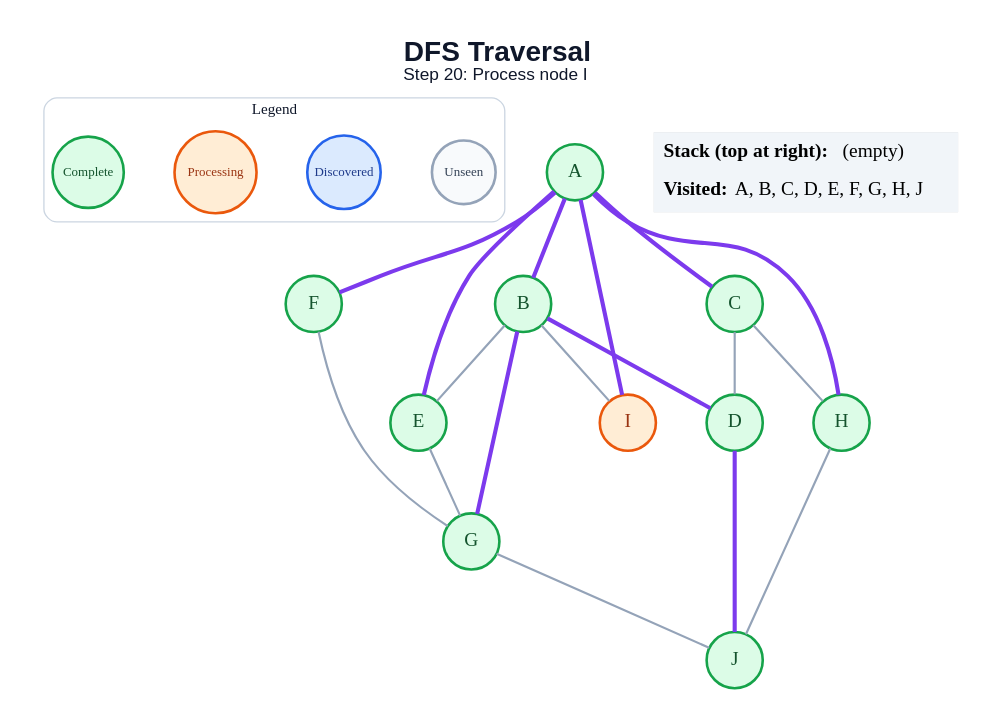
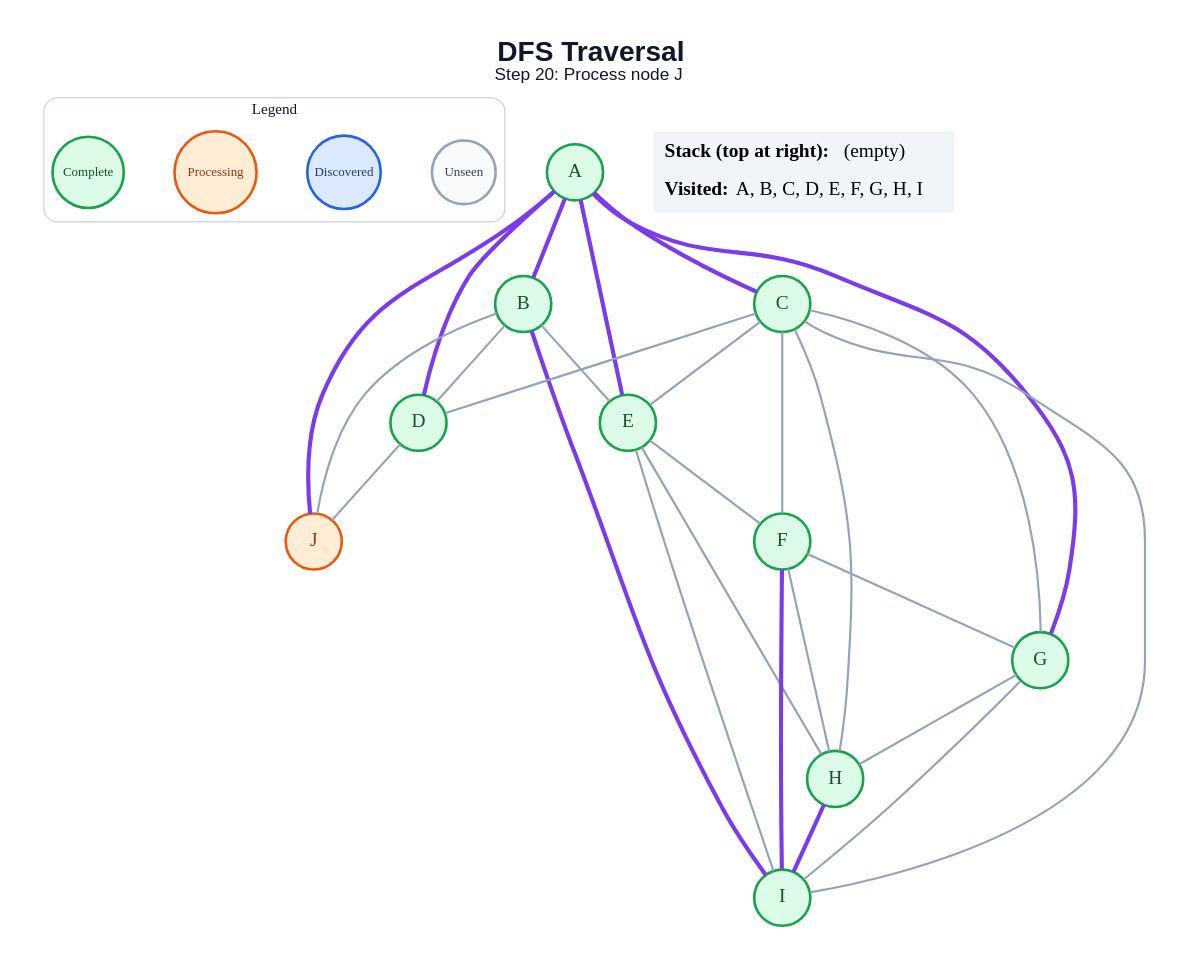
The diagram in generated/dfs/step_20.dot (amanghodawala9/ai-slop), drawn with Graphviz before and after one commit. The commit also changed 178 other files, not shown here.

```diff
--- a/generated/dfs/step_20.dot
+++ b/generated/dfs/step_20.dot
@@ -1,46 +1,55 @@
 graph traversal {
   graph [layout=dot, rankdir=TB, bgcolor="#FFFFFF", pad="0.35", nodesep="0.65", ranksep="0.8", fontname="Arial"];
   node [shape=circle, style="filled", fontname="Arial Bold", fontsize=18, width=0.72, fixedsize=true, penwidth=2.4];
   edge [color="#94A3B8", penwidth=2.0];
-  label=<<B>DFS Traversal</B><BR/><FONT POINT-SIZE="16">Step 20: Process node I</FONT>>; labelloc="t"; fontsize=26; fontname="Arial"; fontcolor="#0F172A";
+  label=<<B>DFS Traversal</B><BR/><FONT POINT-SIZE="16">Step 20: Process node J</FONT>>; labelloc="t"; fontsize=26; fontname="Arial"; fontcolor="#0F172A";
   subgraph cluster_legend { label="Legend"; color="#CBD5E1"; penwidth=1.2; style="rounded"; fontsize=14; fontname="Arial Bold";
     key_unseen [label="Unseen", fillcolor="#F8FAFC", color="#94A3B8", fontcolor="#334155", fontsize=12, width=0.82];
     key_frontier [label="Discovered", fillcolor="#DBEAFE", color="#2563EB", fontcolor="#1E3A8A", fontsize=12, width=0.95];
     key_current [label="Processing", fillcolor="#FFEDD5", color="#EA580C", fontcolor="#9A3412", fontsize=12, width=1.05];
     key_done [label="Complete", fillcolor="#DCFCE7", color="#16A34A", fontcolor="#14532D", fontsize=12, width=0.92];
     { rank=same; key_unseen; key_frontier; key_current; key_done; }
   }
   A [fillcolor="#DCFCE7", color="#16A34A", fontcolor="#14532D"];
   B [fillcolor="#DCFCE7", color="#16A34A", fontcolor="#14532D"];
   C [fillcolor="#DCFCE7", color="#16A34A", fontcolor="#14532D"];
   D [fillcolor="#DCFCE7", color="#16A34A", fontcolor="#14532D"];
   E [fillcolor="#DCFCE7", color="#16A34A", fontcolor="#14532D"];
   F [fillcolor="#DCFCE7", color="#16A34A", fontcolor="#14532D"];
   G [fillcolor="#DCFCE7", color="#16A34A", fontcolor="#14532D"];
   H [fillcolor="#DCFCE7", color="#16A34A", fontcolor="#14532D"];
-  I [fillcolor="#FFEDD5", color="#EA580C", fontcolor="#9A3412"];
-  J [fillcolor="#DCFCE7", color="#16A34A", fontcolor="#14532D"];
+  I [fillcolor="#DCFCE7", color="#16A34A", fontcolor="#14532D"];
+  J [fillcolor="#FFEDD5", color="#EA580C", fontcolor="#9A3412"];
   A -- B [color="#7C3AED", penwidth=3.8];
   A -- C [color="#7C3AED", penwidth=3.8];
+  A -- D [color="#7C3AED", penwidth=3.8];
   A -- E [color="#7C3AED", penwidth=3.8];
-  A -- F [color="#7C3AED", penwidth=3.8];
-  A -- H [color="#7C3AED", penwidth=3.8];
-  A -- I [color="#7C3AED", penwidth=3.8];
-  B -- D [color="#7C3AED", penwidth=3.8];
+  A -- G [color="#7C3AED", penwidth=3.8];
+  A -- J [color="#7C3AED", penwidth=3.8];
+  B -- D;
   B -- E;
-  B -- G [color="#7C3AED", penwidth=3.8];
-  B -- I;
+  B -- I [color="#7C3AED", penwidth=3.8];
+  B -- J;
   C -- D;
+  C -- E;
+  C -- F;
+  C -- G;
   C -- H;
-  D -- J [color="#7C3AED", penwidth=3.8];
-  E -- G;
+  C -- I;
+  D -- J;
+  E -- F;
+  E -- H;
+  E -- I;
   F -- G;
-  G -- J;
-  H -- J;
+  F -- H;
+  F -- I [color="#7C3AED", penwidth=3.8];
+  G -- H;
+  G -- I;
+  H -- I [color="#7C3AED", penwidth=3.8];
   status [shape=plain, fixedsize=false, width=0, height=0, margin=0, label=<
     <TABLE BORDER="0" CELLBORDER="0" CELLPADDING="7" BGCOLOR="#F1F5F9">
       <TR><TD ALIGN="LEFT"><B>Stack (top at right):</B> (empty)</TD></TR>
-      <TR><TD ALIGN="LEFT"><B>Visited:</B> A, B, C, D, E, F, G, H, J</TD></TR>
+      <TR><TD ALIGN="LEFT"><B>Visited:</B> A, B, C, D, E, F, G, H, I</TD></TR>
     </TABLE>
   >];
 }
```
